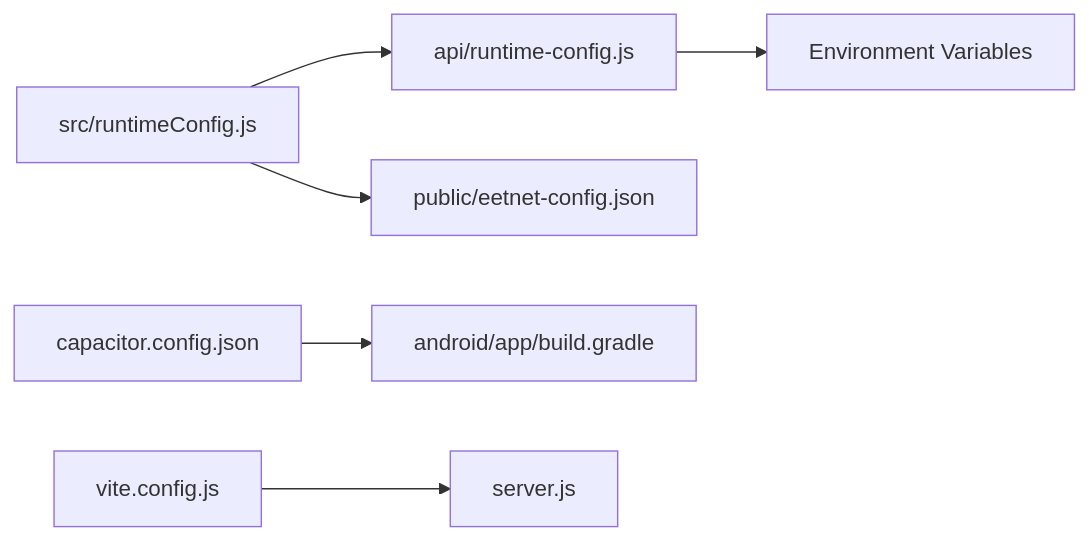
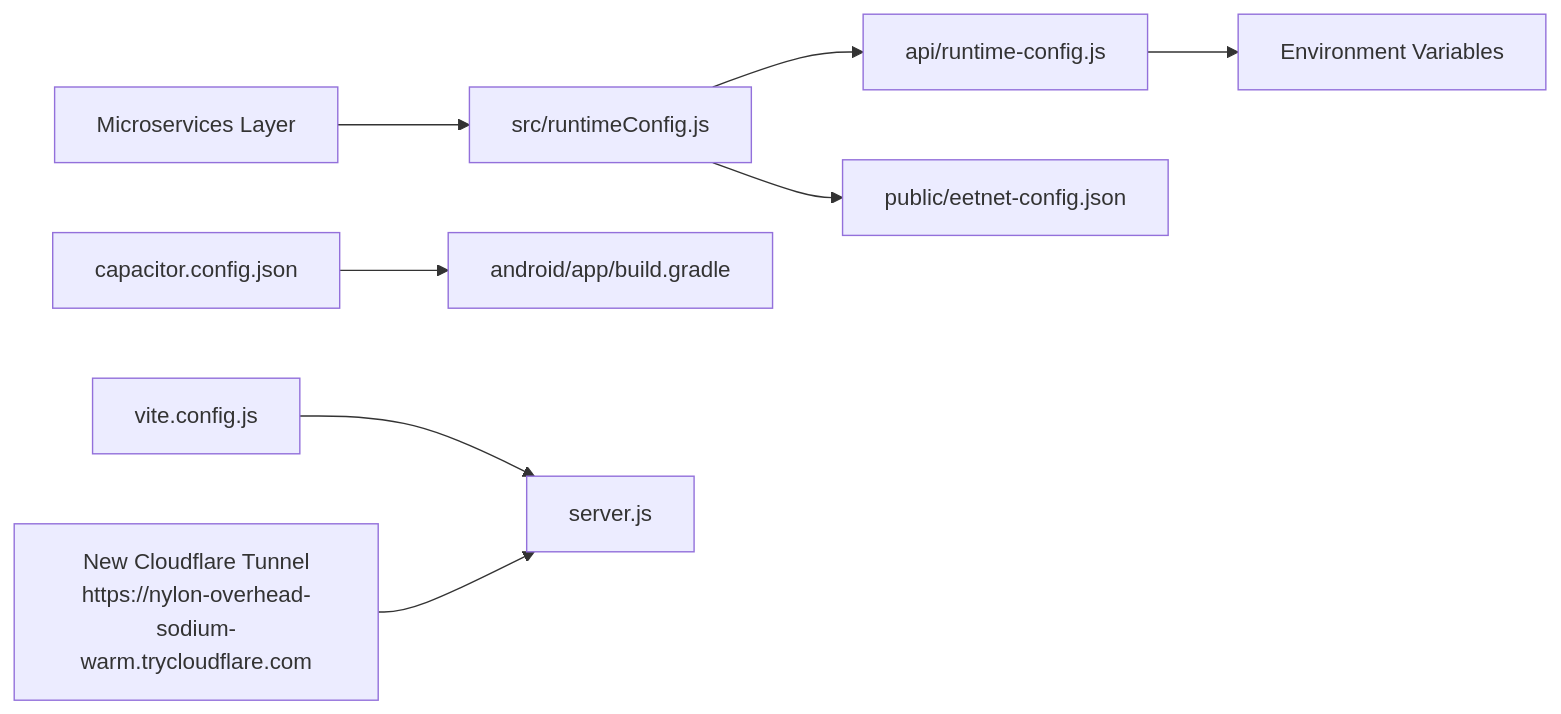
The third of 3 diagrams in .qoder/repowiki/en/content/Deployment & DevOps/Environment Configuration/Environment Configuration.md (techniciansupremus-lab/Project-Anime), drawn with Mermaid before and after one commit. The commit also changed other lines of this file and 101 other files, not shown here.

````diff
--- a/.qoder/repowiki/en/content/Deployment & DevOps/Environment Configuration/Environment Configuration.md
+++ b/.qoder/repowiki/en/content/Deployment & DevOps/Environment Configuration/Environment Configuration.md
@@ -241,8 +276,10 @@
 ```mermaid
 graph LR
 RC["src/runtimeConfig.js"] --> RF["api/runtime-config.js"]
 RF --> ENV["Environment Variables"]
 RC --> SC["public/eetnet-config.json"]
 CAP["capacitor.config.json"] --> AND["android/app/build.gradle"]
 DEV["vite.config.js"] --> BE["server.js"]
+CF["New Cloudflare Tunnel<br/>https://nylon-overhead-sodium-warm.trycloudflare.com"] --> BE
+MS["Microservices Layer"] --> RC
 ```
````
